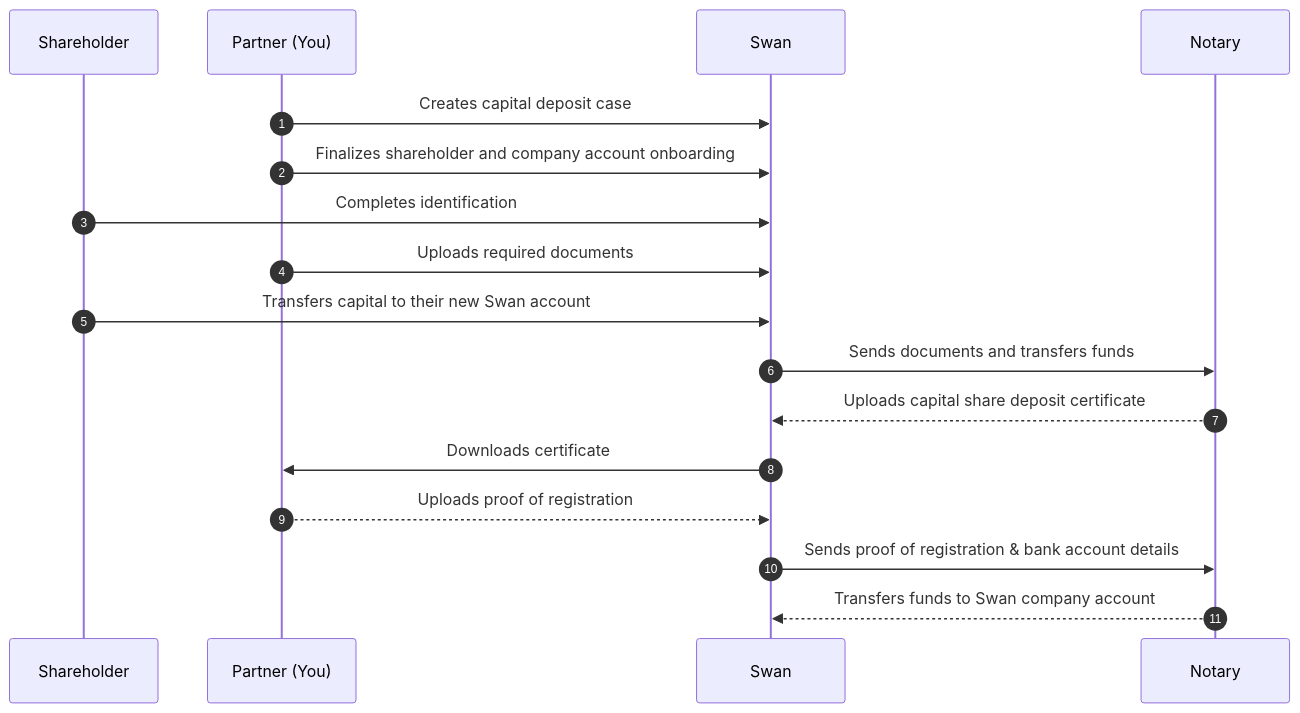
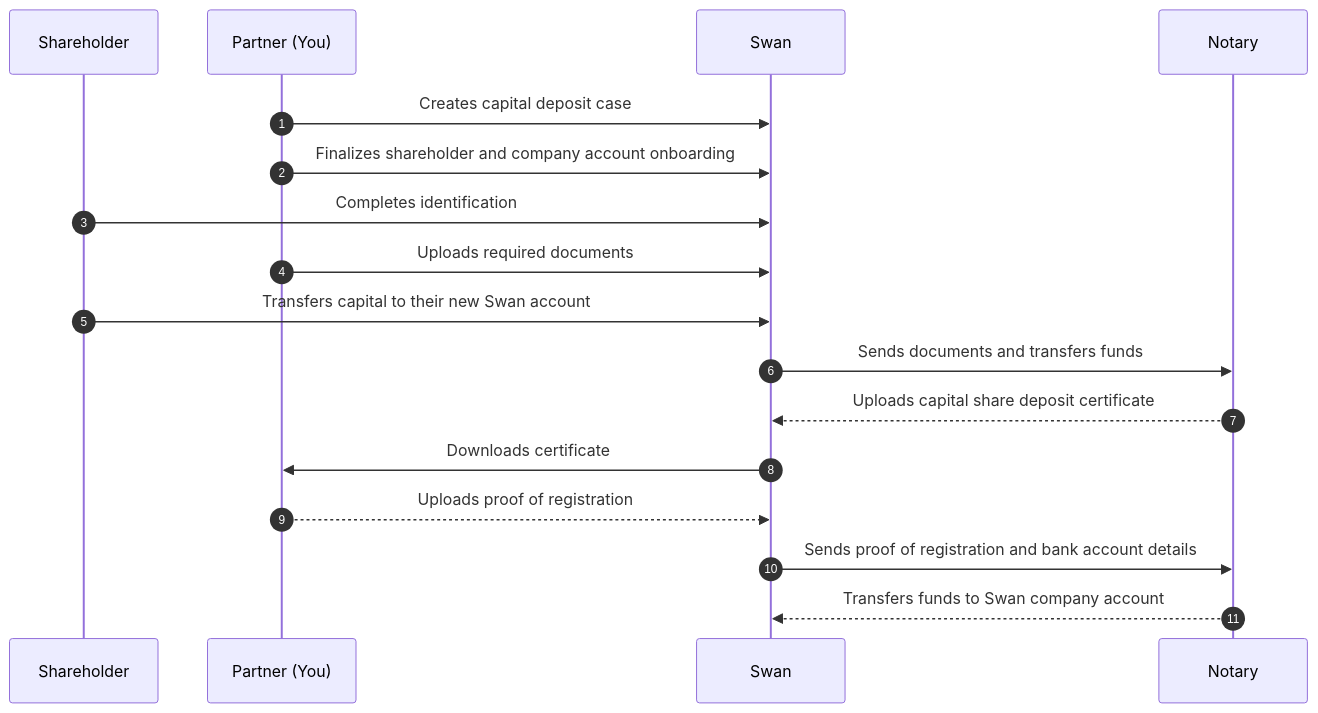
The diagram in docs/accounts/concepts/capital-deposits/process.mdx (swan-io/docs), drawn with Mermaid before and after one commit. The commit also changed other lines of this file, not shown here.

````diff
--- a/docs/accounts/concepts/capital-deposits/process.mdx
+++ b/docs/accounts/concepts/capital-deposits/process.mdx
@@ -59,19 +59,19 @@
 ```mermaid
 sequenceDiagram
 autonumber
 participant SH as Shareholder
 participant P as Partner (You)
 participant S as Swan
 participant N as Notary
     P->>S: Creates capital deposit case
     P->>S: Finalizes shareholder and company account onboarding
     SH->>S: Completes identification
     P->>S: Uploads required documents
     SH->>S: Transfers capital to their new Swan account
     S ->> N: Sends documents and transfers funds
     N -->> S: Uploads capital share deposit certificate
     S ->> P: Downloads certificate
     P -->> S: Uploads proof of registration
-    S ->> N: Sends proof of registration & bank account details
+    S ->> N: Sends proof of registration and bank account details
     N -->> S: Transfers funds to Swan company account
 ```
````
